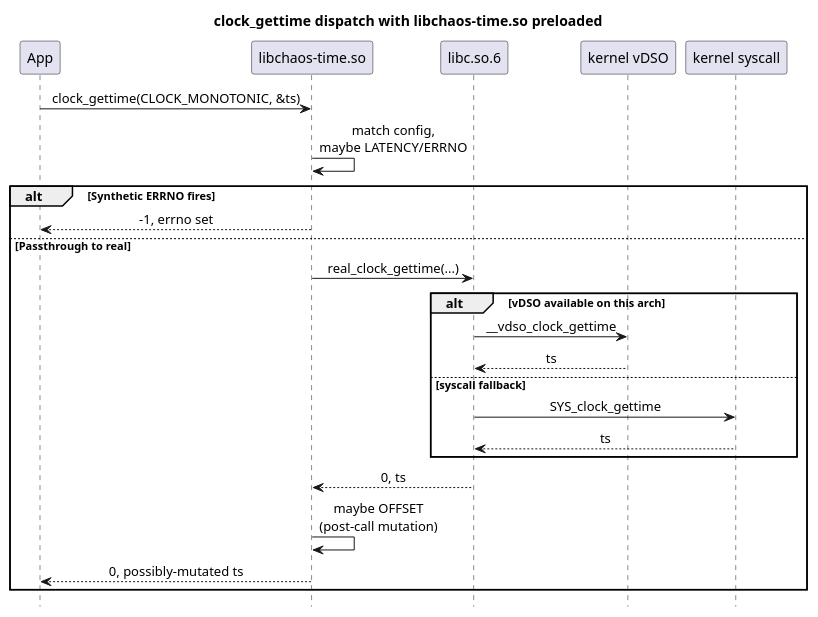
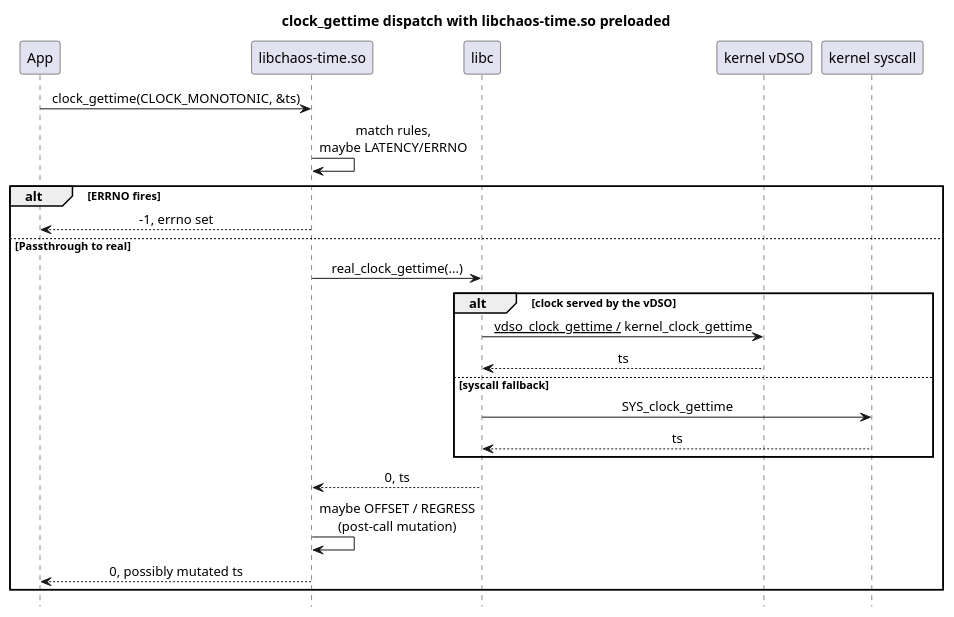
One commit to macstab/macstab-chaos-testing-libraries changed the second of 2 diagrams in docs/PLATFORM.md. Above: the diagram before and after it, drawn with PlantUML. The commit also changed other lines of this file and 14 other files, not shown here.

Commit message:
docs: rewrite architecture, safety, platform and engineering docs; redraw diagrams

````diff
--- a/docs/PLATFORM.md
+++ b/docs/PLATFORM.md
@@ -270,35 +351,35 @@
 ```plantuml
 @startuml
 title clock_gettime dispatch with libchaos-time.so preloaded
 
 skinparam sequenceMessageAlign center
 skinparam shadowing false
 hide footbox
 
 participant App
 participant "libchaos-time.so" as Wrapper
-participant "libc.so.6"        as Glibc
+participant "libc"             as Glibc
 participant "kernel vDSO"      as Vdso
 participant "kernel syscall"   as Kernel
 
 App     ->  Wrapper : clock_gettime(CLOCK_MONOTONIC, &ts)
-Wrapper ->  Wrapper : match config,\nmaybe LATENCY/ERRNO
+Wrapper ->  Wrapper : match rules,\nmaybe LATENCY/ERRNO
 
-alt Synthetic ERRNO fires
+alt ERRNO fires
     Wrapper --> App : -1, errno set
 else Passthrough to real
     Wrapper ->  Glibc  : real_clock_gettime(...)
-    alt vDSO available on this arch
-        Glibc -> Vdso   : __vdso_clock_gettime
+    alt clock served by the vDSO
+        Glibc -> Vdso   : __vdso_clock_gettime / __kernel_clock_gettime
         Vdso  --> Glibc : ts
     else syscall fallback
         Glibc -> Kernel : SYS_clock_gettime
         Kernel --> Glibc: ts
     end
     Glibc   --> Wrapper : 0, ts
-    Wrapper ->  Wrapper : maybe OFFSET\n(post-call mutation)
-    Wrapper --> App     : 0, possibly-mutated ts
+    Wrapper ->  Wrapper : maybe OFFSET / REGRESS\n(post-call mutation)
+    Wrapper --> App     : 0, possibly mutated ts
 end
 
 @enduml
 ```
````
